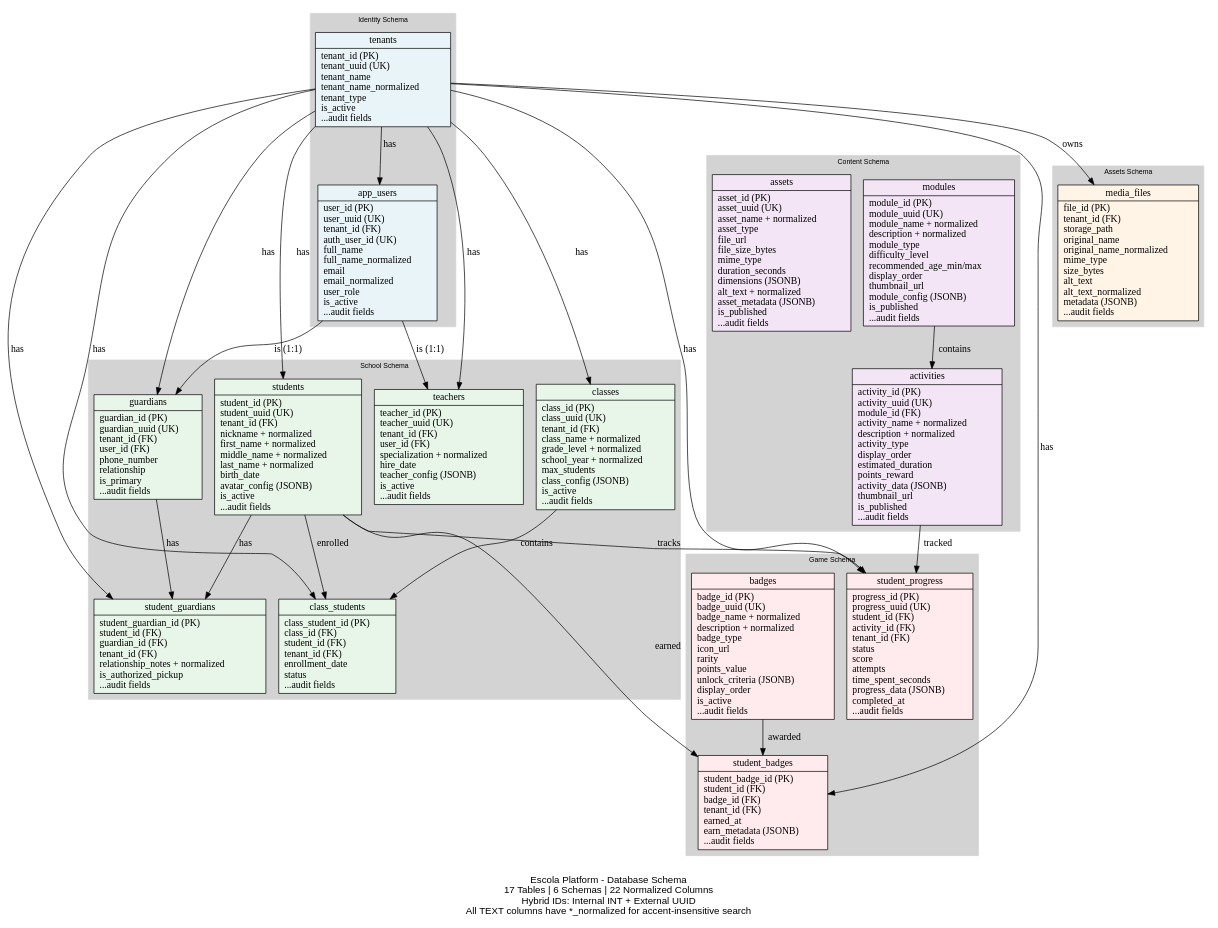
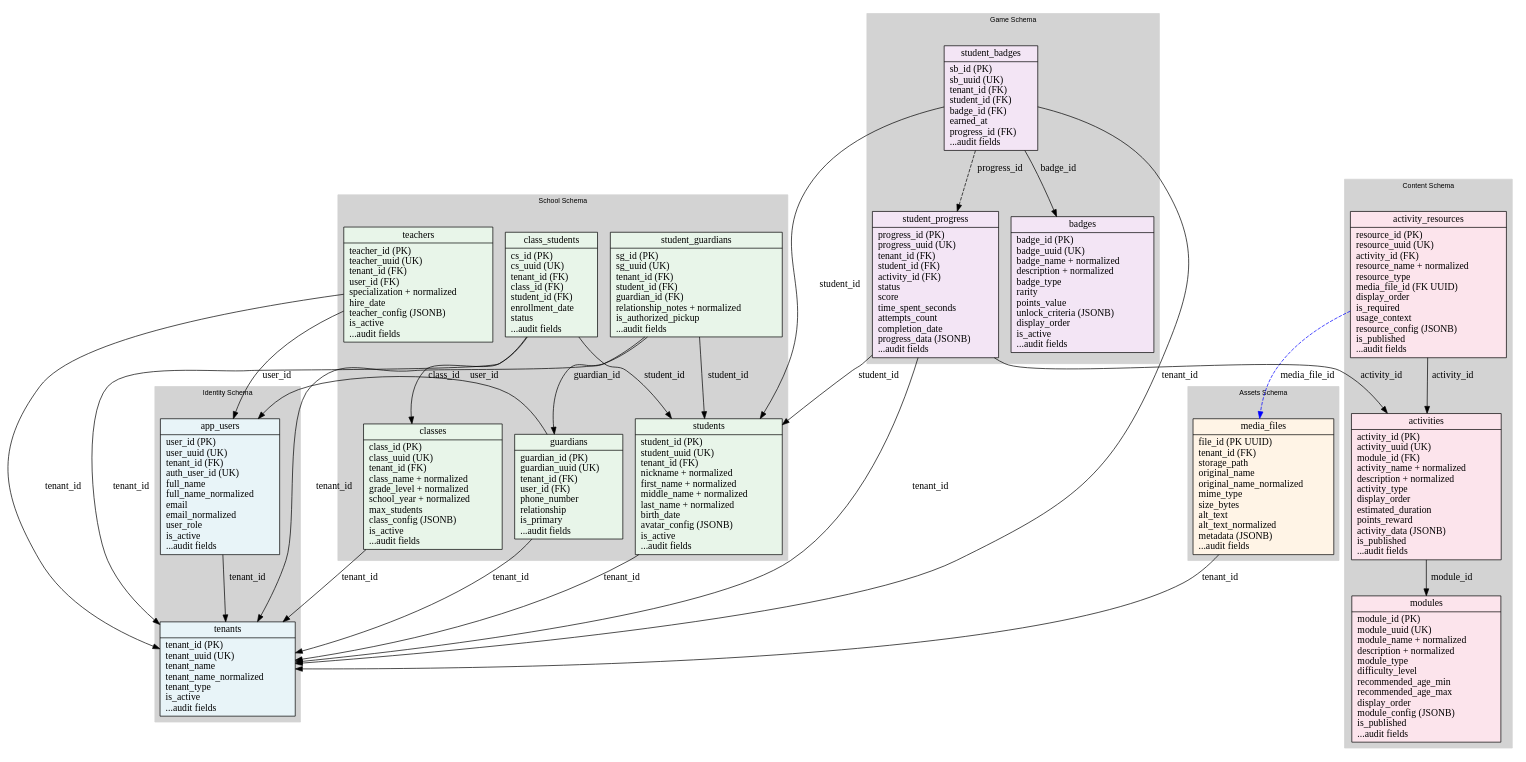
Before and after one commit to mrivanlima/escola-db: the diagram in sqldocs/database_schema.dot, drawn with Graphviz. The commit also changed 8 other files, not shown here.

```diff
--- a/sqldocs/database_schema.dot
+++ b/sqldocs/database_schema.dot
@@ -1,127 +1,124 @@
 digraph database_schema {
     rankdir=TB;
     node [shape=record, style=filled, fillcolor=lightblue];
     fontname="Arial";
     fontsize=10;
     
     // ========================================
     // IDENTITY SCHEMA
     // ========================================
     
     subgraph cluster_identity {
         label="Identity Schema";
         style=filled;
         color=lightgrey;
         
         tenants [label="{tenants|tenant_id (PK)\ltenant_uuid (UK)\ltenant_name\ltenant_name_normalized\ltenant_type\lis_active\l...audit fields\l}", fillcolor="#E8F4F8"];
         
         app_users [label="{app_users|user_id (PK)\luser_uuid (UK)\ltenant_id (FK)\lauth_user_id (UK)\lfull_name\lfull_name_normalized\lemail\lemail_normalized\luser_role\lis_active\l...audit fields\l}", fillcolor="#E8F4F8"];
     }
     
     // ========================================
     // ASSETS SCHEMA
     // ========================================
     
     subgraph cluster_assets {
         label="Assets Schema";
         style=filled;
         color=lightgrey;
         
-        media_files [label="{media_files|file_id (PK)\ltenant_id (FK)\lstorage_path\loriginal_name\loriginal_name_normalized\lmime_type\lsize_bytes\lalt_text\lalt_text_normalized\lmetadata (JSONB)\l...audit fields\l}", fillcolor="#FFF4E6"];
+        media_files [label="{media_files|file_id (PK UUID)\ltenant_id (FK)\lstorage_path\loriginal_name\loriginal_name_normalized\lmime_type\lsize_bytes\lalt_text\lalt_text_normalized\lmetadata (JSONB)\l...audit fields\l}", fillcolor="#FFF4E6"];
     }
     
     // ========================================
     // SCHOOL SCHEMA
     // ========================================
     
     subgraph cluster_school {
         label="School Schema";
         style=filled;
         color=lightgrey;
         
         students [label="{students|student_id (PK)\lstudent_uuid (UK)\ltenant_id (FK)\lnickname + normalized\lfirst_name + normalized\lmiddle_name + normalized\llast_name + normalized\lbirth_date\lavatar_config (JSONB)\lis_active\l...audit fields\l}", fillcolor="#E8F5E9"];
         
         guardians [label="{guardians|guardian_id (PK)\lguardian_uuid (UK)\ltenant_id (FK)\luser_id (FK)\lphone_number\lrelationship\lis_primary\l...audit fields\l}", fillcolor="#E8F5E9"];
         
-        student_guardians [label="{student_guardians|student_guardian_id (PK)\lstudent_id (FK)\lguardian_id (FK)\ltenant_id (FK)\lrelationship_notes + normalized\lis_authorized_pickup\l...audit fields\l}", fillcolor="#E8F5E9"];
+        student_guardians [label="{student_guardians|sg_id (PK)\lsg_uuid (UK)\ltenant_id (FK)\lstudent_id (FK)\lguardian_id (FK)\lrelationship_notes + normalized\lis_authorized_pickup\l...audit fields\l}", fillcolor="#E8F5E9"];
         
         classes [label="{classes|class_id (PK)\lclass_uuid (UK)\ltenant_id (FK)\lclass_name + normalized\lgrade_level + normalized\lschool_year + normalized\lmax_students\lclass_config (JSONB)\lis_active\l...audit fields\l}", fillcolor="#E8F5E9"];
         
         teachers [label="{teachers|teacher_id (PK)\lteacher_uuid (UK)\ltenant_id (FK)\luser_id (FK)\lspecialization + normalized\lhire_date\lteacher_config (JSONB)\lis_active\l...audit fields\l}", fillcolor="#E8F5E9"];
         
-        class_students [label="{class_students|class_student_id (PK)\lclass_id (FK)\lstudent_id (FK)\ltenant_id (FK)\lenrollment_date\lstatus\l...audit fields\l}", fillcolor="#E8F5E9"];
+        class_students [label="{class_students|cs_id (PK)\lcs_uuid (UK)\ltenant_id (FK)\lclass_id (FK)\lstudent_id (FK)\lenrollment_date\lstatus\l...audit fields\l}", fillcolor="#E8F5E9"];
     }
     
     // ========================================
     // CONTENT SCHEMA
     // ========================================
     
     subgraph cluster_content {
         label="Content Schema";
         style=filled;
         color=lightgrey;
         
-        modules [label="{modules|module_id (PK)\lmodule_uuid (UK)\lmodule_name + normalized\ldescription + normalized\lmodule_type\ldifficulty_level\lrecommended_age_min/max\ldisplay_order\lthumbnail_url\lmodule_config (JSONB)\lis_published\l...audit fields\l}", fillcolor="#F3E5F5"];
+        modules [label="{modules|module_id (PK)\lmodule_uuid (UK)\lmodule_name + normalized\ldescription + normalized\lmodule_type\ldifficulty_level\lrecommended_age_min\lrecommended_age_max\ldisplay_order\lmodule_config (JSONB)\lis_published\l...audit fields\l}", fillcolor="#FCE4EC"];
         
-        activities [label="{activities|activity_id (PK)\lactivity_uuid (UK)\lmodule_id (FK)\lactivity_name + normalized\ldescription + normalized\lactivity_type\ldisplay_order\lestimated_duration\lpoints_reward\lactivity_data (JSONB)\lthumbnail_url\lis_published\l...audit fields\l}", fillcolor="#F3E5F5"];
+        activities [label="{activities|activity_id (PK)\lactivity_uuid (UK)\lmodule_id (FK)\lactivity_name + normalized\ldescription + normalized\lactivity_type\ldisplay_order\lestimated_duration\lpoints_reward\lactivity_data (JSONB)\lis_published\l...audit fields\l}", fillcolor="#FCE4EC"];
         
-        assets [label="{assets|asset_id (PK)\lasset_uuid (UK)\lasset_name + normalized\lasset_type\lfile_url\lfile_size_bytes\lmime_type\lduration_seconds\ldimensions (JSONB)\lalt_text + normalized\lasset_metadata (JSONB)\lis_published\l...audit fields\l}", fillcolor="#F3E5F5"];
+        activity_resources [label="{activity_resources|resource_id (PK)\lresource_uuid (UK)\lactivity_id (FK)\lresource_name + normalized\lresource_type\lmedia_file_id (FK UUID)\ldisplay_order\lis_required\lusage_context\lresource_config (JSONB)\lis_published\l...audit fields\l}", fillcolor="#FCE4EC"];
     }
     
     // ========================================
     // GAME SCHEMA
     // ========================================
     
     subgraph cluster_game {
         label="Game Schema";
         style=filled;
         color=lightgrey;
         
-        student_progress [label="{student_progress|progress_id (PK)\lprogress_uuid (UK)\lstudent_id (FK)\lactivity_id (FK)\ltenant_id (FK)\lstatus\lscore\lattempts\ltime_spent_seconds\lprogress_data (JSONB)\lcompleted_at\l...audit fields\l}", fillcolor="#FFEBEE"];
+        student_progress [label="{student_progress|progress_id (PK)\lprogress_uuid (UK)\ltenant_id (FK)\lstudent_id (FK)\lactivity_id (FK)\lstatus\lscore\ltime_spent_seconds\lattempts_count\lcompletion_date\lprogress_data (JSONB)\l...audit fields\l}", fillcolor="#F3E5F5"];
         
-        badges [label="{badges|badge_id (PK)\lbadge_uuid (UK)\lbadge_name + normalized\ldescription + normalized\lbadge_type\licon_url\lrarity\lpoints_value\lunlock_criteria (JSONB)\ldisplay_order\lis_active\l...audit fields\l}", fillcolor="#FFEBEE"];
+        badges [label="{badges|badge_id (PK)\lbadge_uuid (UK)\lbadge_name + normalized\ldescription + normalized\lbadge_type\lrarity\lpoints_value\lunlock_criteria (JSONB)\ldisplay_order\lis_active\l...audit fields\l}", fillcolor="#F3E5F5"];
         
-        student_badges [label="{student_badges|student_badge_id (PK)\lstudent_id (FK)\lbadge_id (FK)\ltenant_id (FK)\learned_at\learn_metadata (JSONB)\l...audit fields\l}", fillcolor="#FFEBEE"];
+        student_badges [label="{student_badges|sb_id (PK)\lsb_uuid (UK)\ltenant_id (FK)\lstudent_id (FK)\lbadge_id (FK)\learned_at\lprogress_id (FK)\l...audit fields\l}", fillcolor="#F3E5F5"];
     }
     
     // ========================================
     // RELATIONSHIPS
     // ========================================
     
     // Identity relationships
-    tenants -> app_users [label="has"];
-    tenants -> media_files [label="owns"];
-    tenants -> students [label="has"];
-    tenants -> guardians [label="has"];
-    tenants -> classes [label="has"];
-    tenants -> teachers [label="has"];
-    tenants -> student_progress [label="has"];
-    tenants -> student_guardians [label="has"];
-    tenants -> class_students [label="has"];
-    tenants -> student_badges [label="has"];
+    app_users -> tenants [label="tenant_id"];
+    
+    // Assets relationships
+    media_files -> tenants [label="tenant_id"];
     
     // School relationships
-    app_users -> guardians [label="is (1:1)"];
-    app_users -> teachers [label="is (1:1)"];
-    
-    students -> student_guardians [label="has"];
-    guardians -> student_guardians [label="has"];
-    
-    students -> class_students [label="enrolled"];
-    classes -> class_students [label="contains"];
-    
-    students -> student_progress [label="tracks"];
-    students -> student_badges [label="earned"];
+    students -> tenants [label="tenant_id"];
+    guardians -> tenants [label="tenant_id"];
+    guardians -> app_users [label="user_id"];
+    student_guardians -> tenants [label="tenant_id"];
+    student_guardians -> students [label="student_id"];
+    student_guardians -> guardians [label="guardian_id"];
+    classes -> tenants [label="tenant_id"];
+    teachers -> tenants [label="tenant_id"];
+    teachers -> app_users [label="user_id"];
+    class_students -> tenants [label="tenant_id"];
+    class_students -> classes [label="class_id"];
+    class_students -> students [label="student_id"];
     
     // Content relationships
-    modules -> activities [label="contains"];
-    activities -> student_progress [label="tracked"];
+    activities -> modules [label="module_id"];
+    activity_resources -> activities [label="activity_id"];
+    activity_resources -> media_files [label="media_file_id", style=dashed, color=blue];
     
     // Game relationships
-    badges -> student_badges [label="awarded"];
-    
-    // Legend
-    label = "\nEscola Platform - Database Schema\n17 Tables | 6 Schemas | 22 Normalized Columns\nHybrid IDs: Internal INT + External UUID\nAll TEXT columns have *_normalized for accent-insensitive search";
-    labelloc = "b";
-    fontsize = 14;
+    student_progress -> tenants [label="tenant_id"];
+    student_progress -> students [label="student_id"];
+    student_progress -> activities [label="activity_id"];
+    student_badges -> tenants [label="tenant_id"];
+    student_badges -> students [label="student_id"];
+    student_badges -> badges [label="badge_id"];
+    student_badges -> student_progress [label="progress_id", style=dashed];
 }
```
